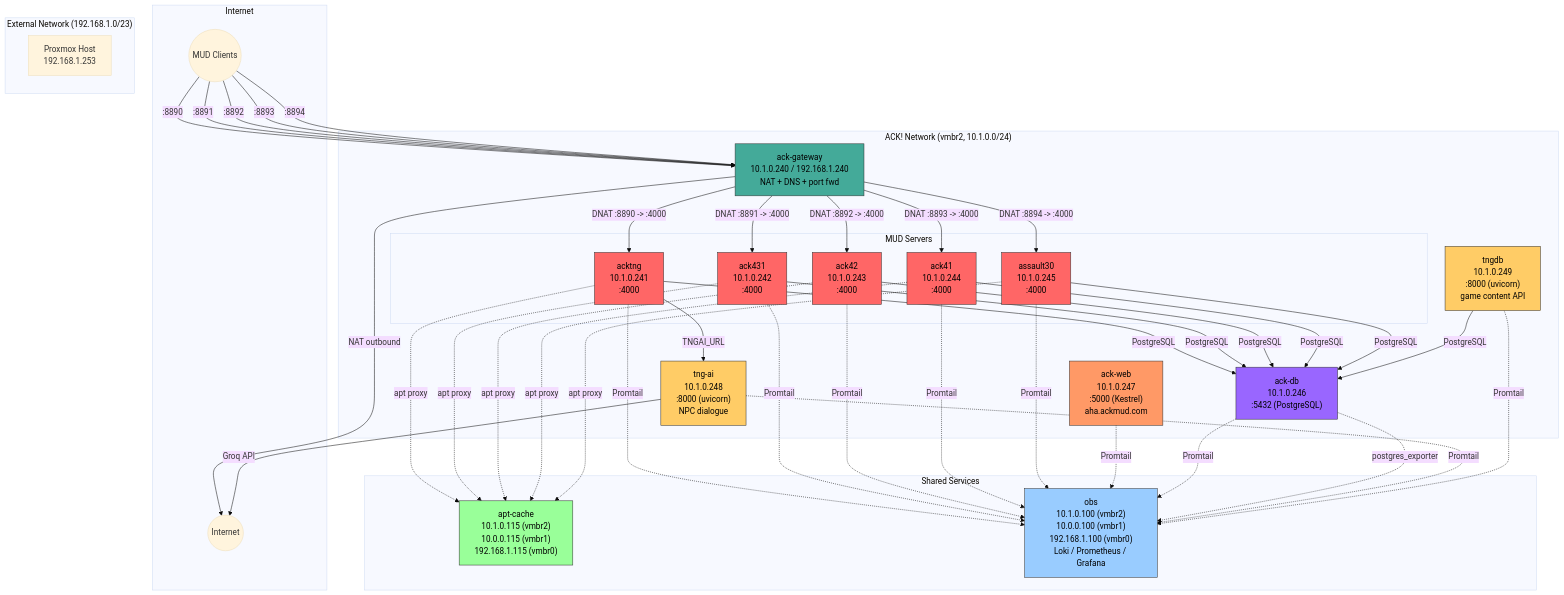
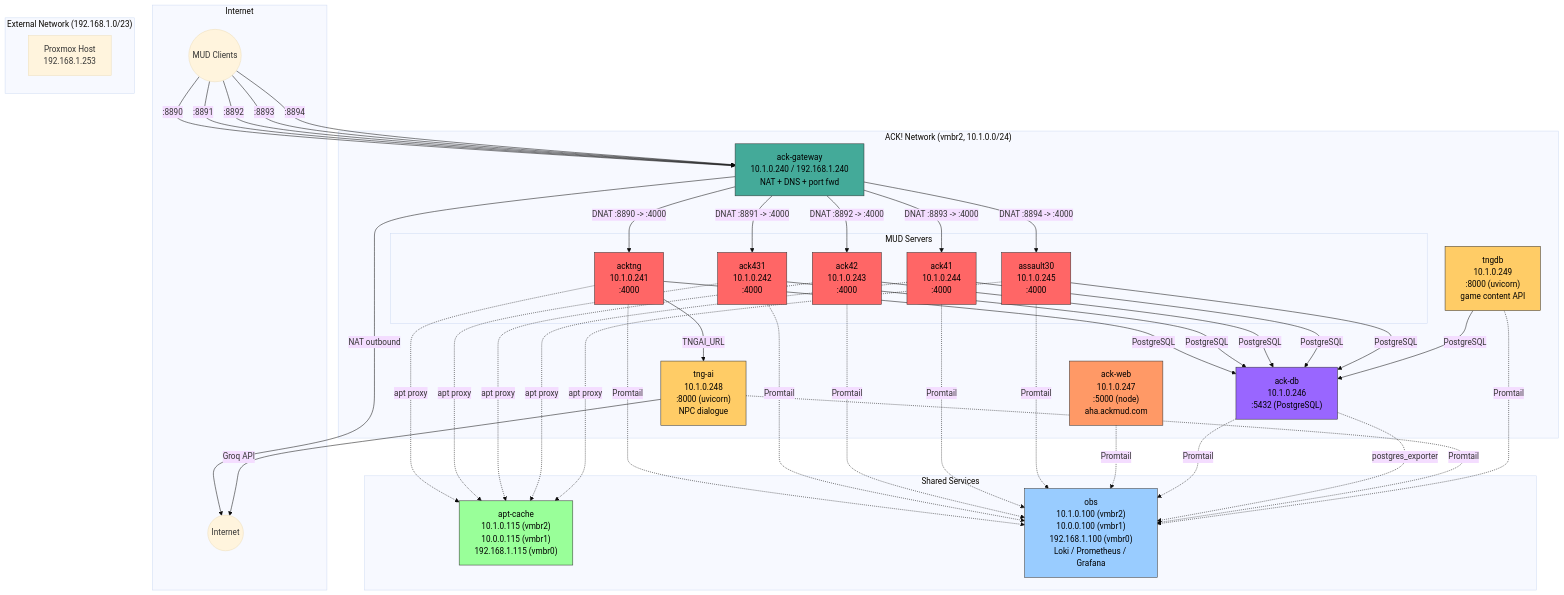
One commit to JBailes/infrastructure changed the first of 3 diagrams in homelab/ack/diagrams.md. Above: the diagram before and after it, drawn with Mermaid (base theme). The commit also changed other lines of this file and 10 other files, not shown here.

Commit message:
Cut ACK web over to ackmudhistoricalarchive/web

```diff
--- a/homelab/ack/diagrams.md
+++ b/homelab/ack/diagrams.md
@@ -30,7 +30,7 @@
             ASS["assault30<br/>10.1.0.245<br/>:4000"]
         end
 
-        ACKWEB["ack-web<br/>10.1.0.247<br/>:5000 (Kestrel)<br/>aha.ackmud.com"]
+        ACKWEB["ack-web<br/>10.1.0.247<br/>:5000 (node)<br/>aha.ackmud.com"]
 
         TNGAI["tng-ai<br/>10.1.0.248<br/>:8000 (uvicorn)<br/>NPC dialogue"]
         TNGDB["tngdb<br/>10.1.0.249<br/>:8000 (uvicorn)<br/>game content API"]
```
